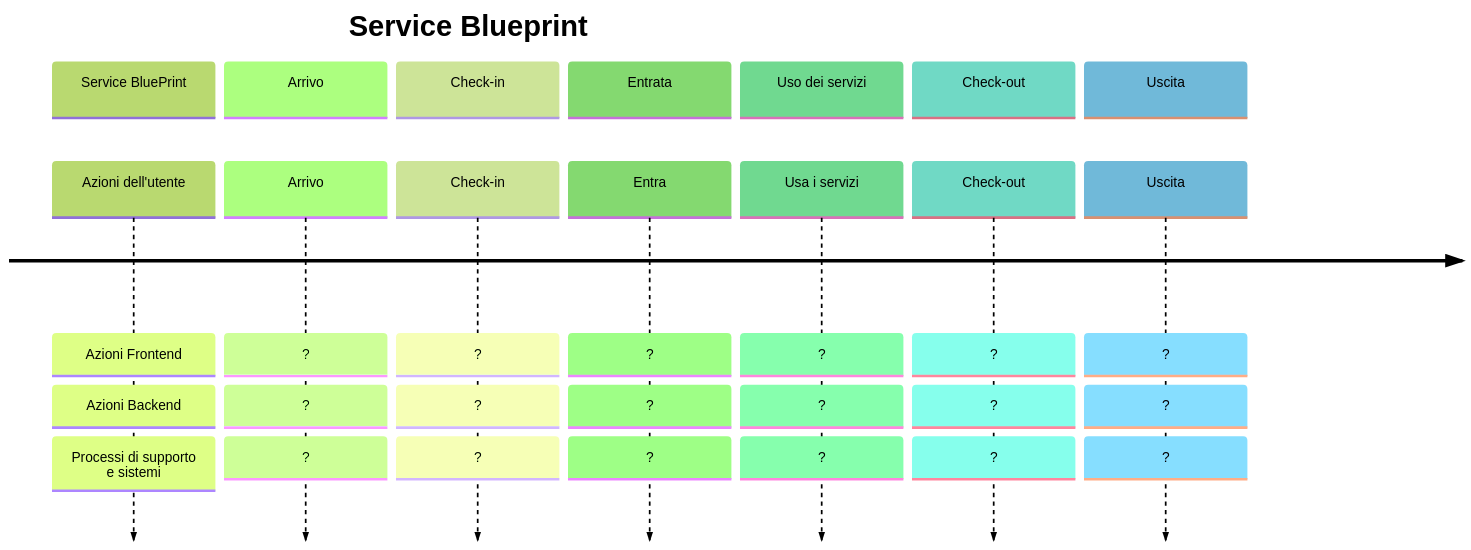
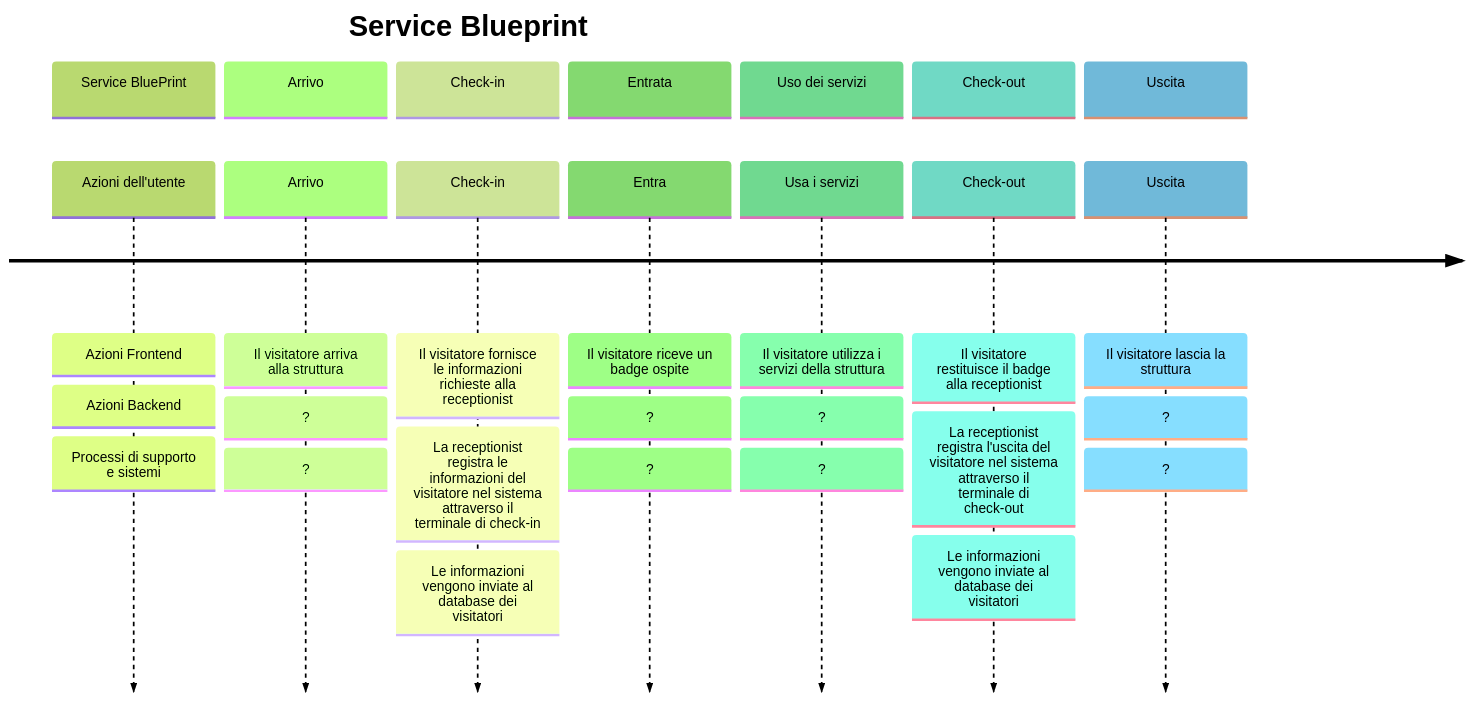
One commit to gerardocipriano/VisiTrack-VisitorManagement changed the second of 2 diagrams in discovery.md. Above: the diagram before and after it, drawn with Mermaid (forest theme). The commit also changed other lines of this file and 1 other file, not shown here.

````diff
--- a/discovery.md
+++ b/discovery.md
@@ -87,19 +89,19 @@
- ```mermaid
+```mermaid
 timeline
-        title Service Blueprint
-        section Service BluePrint
-            Azioni dell'utente : Azioni Frontend : Azioni Backend : Processi di supporto e sistemi
-        section Arrivo
-            Arrivo : ? : ? : ?
-        section Check-in
-            Check-in : ? : ? : ?
-        section Entrata
-            Entra : ? : ? : ?
-        section Uso dei servizi
-            Usa i servizi : ? : ? : ?
-        section Check-out
-            Check-out : ? : ? : ?
-        section Uscita
-            Uscita : ? : ? : ?
+       title Service Blueprint
+       section Service BluePrint
+           Azioni dell'utente : Azioni Frontend : Azioni Backend : Processi di supporto e sistemi
+       section Arrivo
+           Arrivo : Il visitatore arriva alla struttura : ? : ?
+       section Check-in
+           Check-in : Il visitatore fornisce le informazioni richieste alla receptionist : La receptionist registra le informazioni del visitatore nel sistema attraverso il terminale di check-in : Le informazioni vengono inviate al database dei visitatori
+       section Entrata
+           Entra : Il visitatore riceve un badge ospite : ? : ?
+       section Uso dei servizi
+           Usa i servizi : Il visitatore utilizza i servizi della struttura : ? : ?
+       section Check-out
+           Check-out : Il visitatore restituisce il badge alla receptionist : La receptionist registra l'uscita del visitatore nel sistema attraverso il terminale di check-out : Le informazioni vengono inviate al database dei visitatori
+       section Uscita
+           Uscita : Il visitatore lascia la struttura : ? : ?
 
 ```
````
